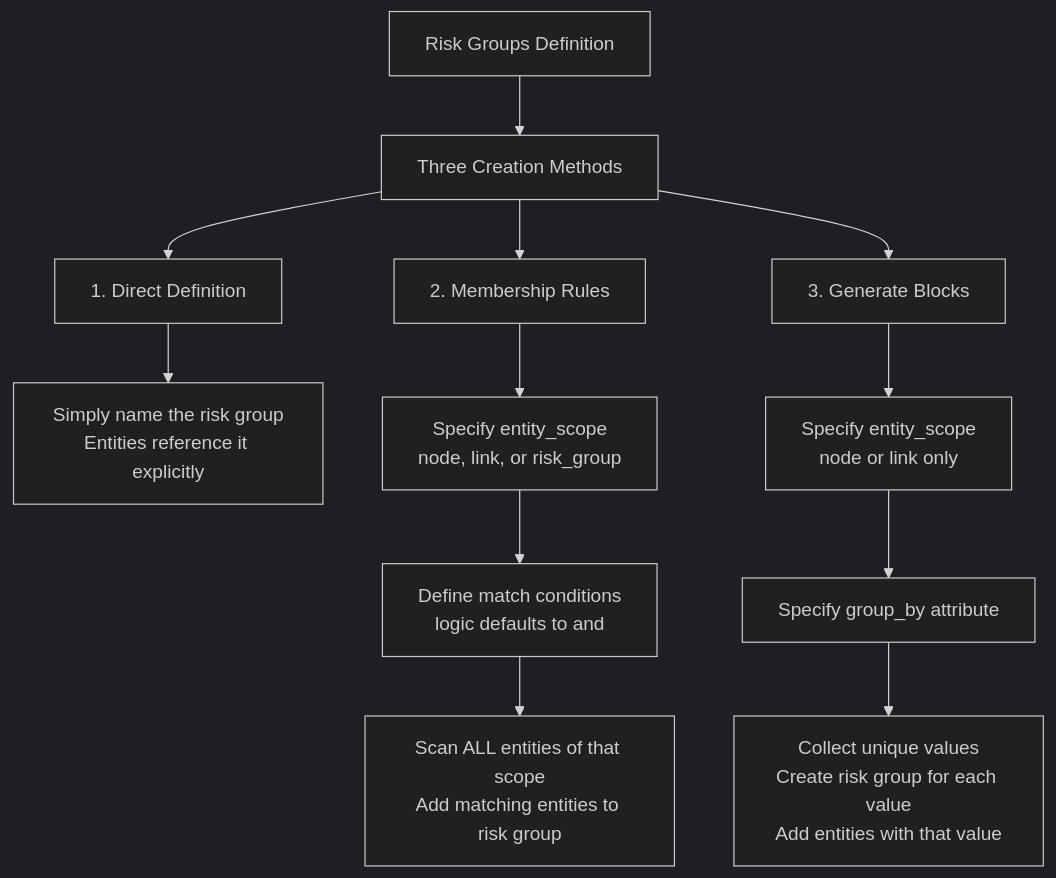
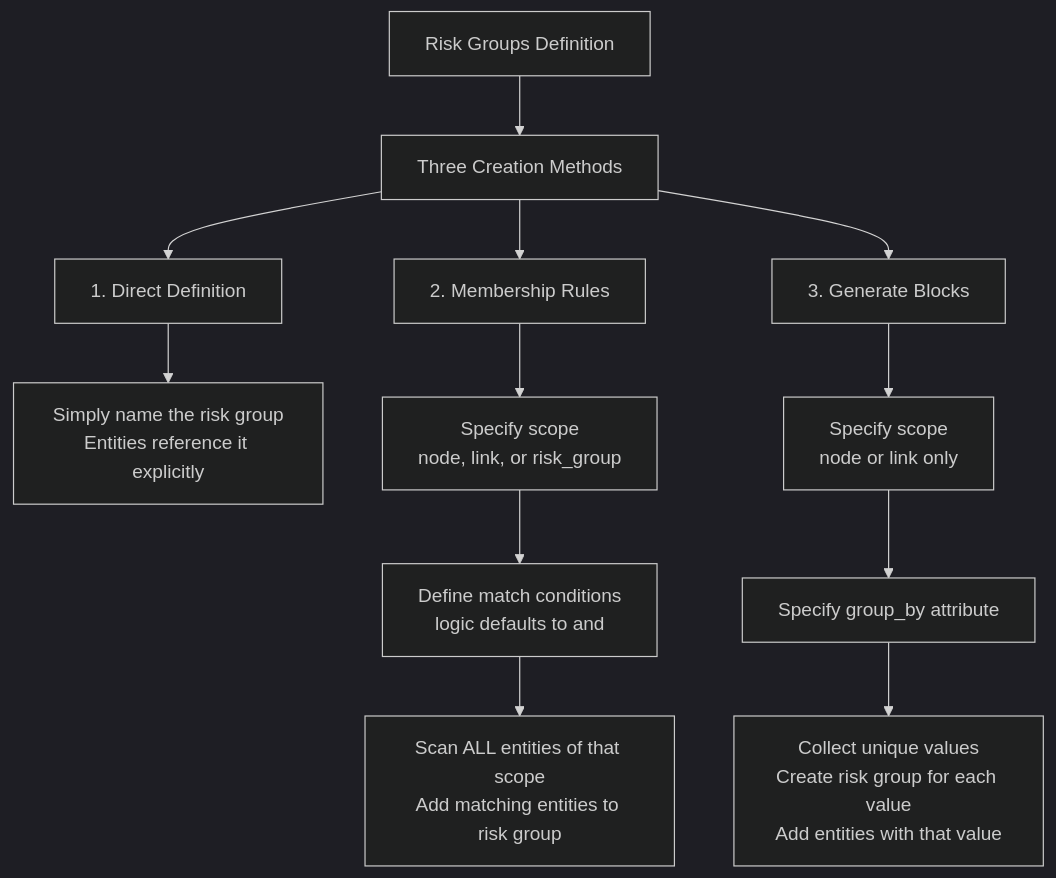
One commit to networmix/NetGraph changed the third of 3 diagrams in docs/reference/dsl.md. Above: the diagram before and after it, drawn with Mermaid (dark theme). The commit also changed other lines of this file and 124 other files, not shown here.

````diff
--- a/docs/reference/dsl.md
+++ b/docs/reference/dsl.md
@@ -154,17 +154,17 @@
 ```mermaid
 flowchart TD
     Start[Risk Groups Definition] --> Three[Three Creation Methods]
     Three --> Direct[1. Direct Definition]
     Three --> Member[2. Membership Rules]
     Three --> Generate[3. Generate Blocks]
 
     Direct --> DirectDesc[Simply name the risk group<br/>Entities reference it explicitly]
 
-    Member --> MemberScope[Specify entity_scope<br/>node, link, or risk_group]
+    Member --> MemberScope[Specify scope<br/>node, link, or risk_group]
     MemberScope --> MemberCond[Define match conditions<br/>logic defaults to and]
     MemberCond --> MemberExec[Scan ALL entities of that scope<br/>Add matching entities to risk group]
 
-    Generate --> GenScope[Specify entity_scope<br/>node or link only]
+    Generate --> GenScope[Specify scope<br/>node or link only]
     GenScope --> GenGroupBy[Specify group_by attribute]
     GenGroupBy --> GenExec[Collect unique values<br/>Create risk group for each value<br/>Add entities with that value]
 ```
````
